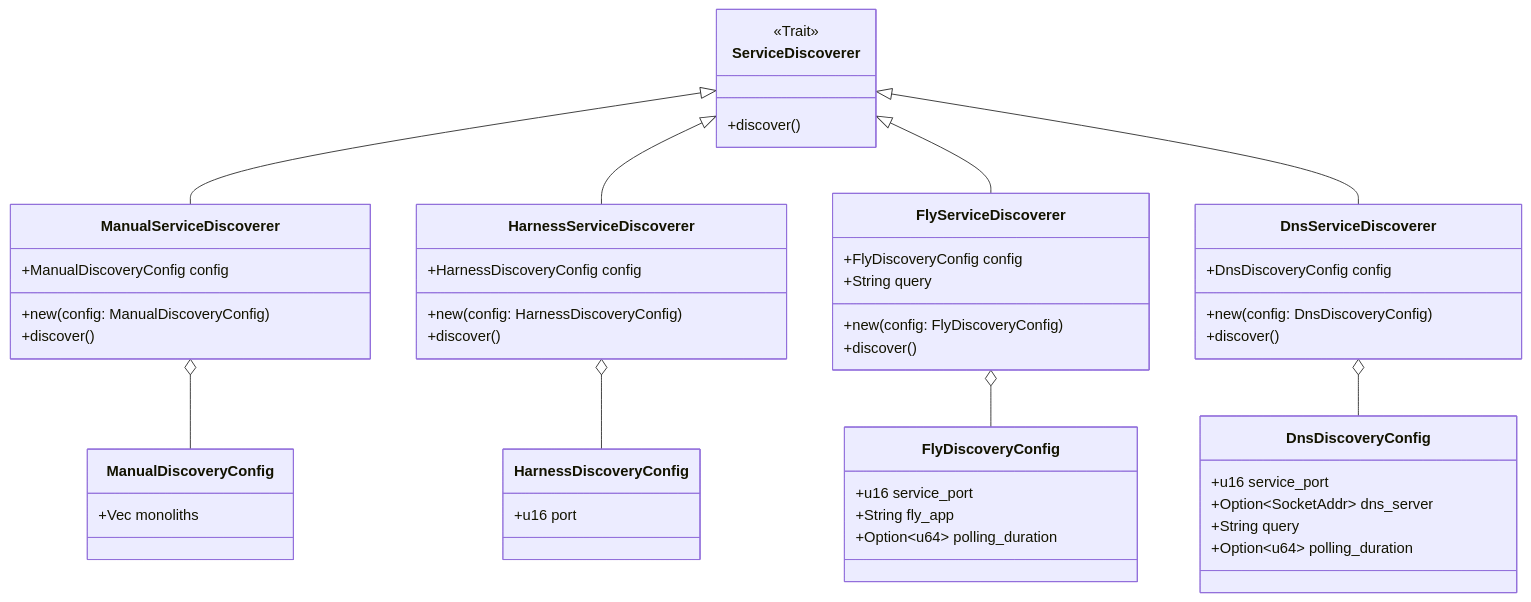
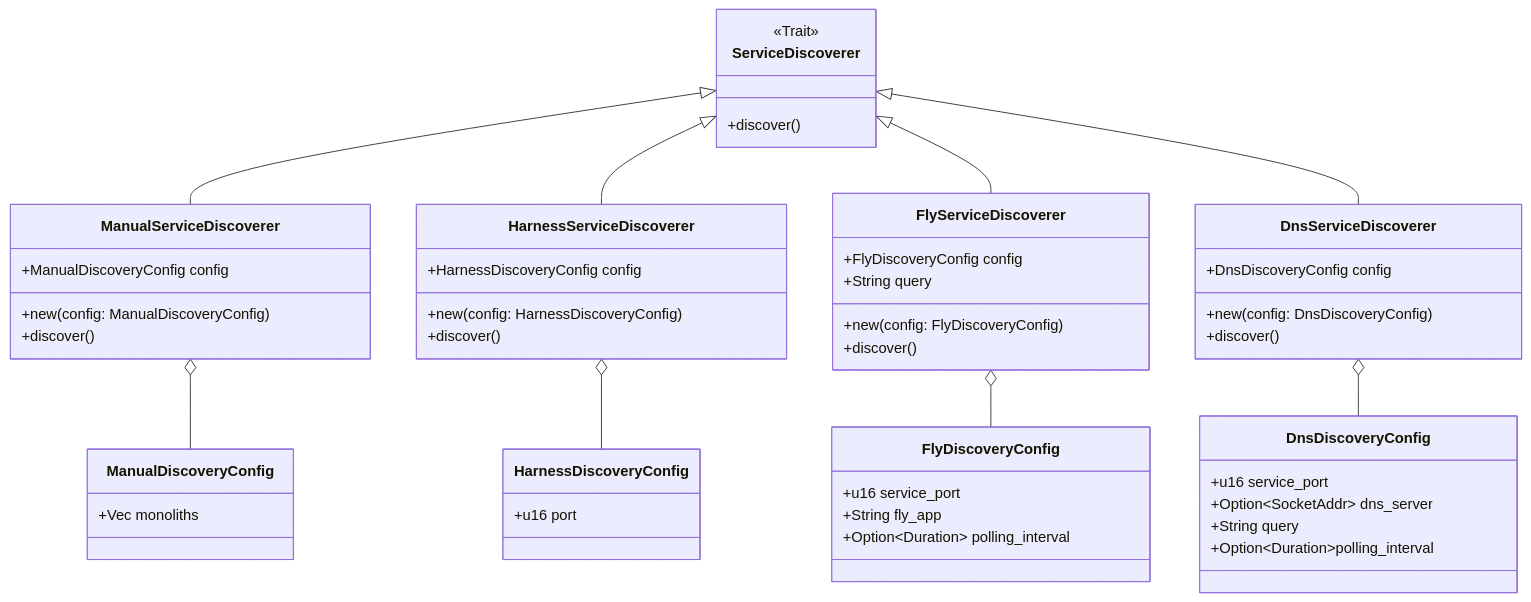
Before and after one commit to dyc3/senior-design: the diagram in figures/discovery/service-discoverers.mmd, drawn with Mermaid. The commit also changed 1 other file, not shown here.

Commit message:
Update Service Discoverers figure to correctly include polling_interval (#352)

```diff
--- a/figures/discovery/service-discoverers.mmd
+++ b/figures/discovery/service-discoverers.mmd
@@ -1,48 +1,48 @@
 classDiagram
     direction BT
     class ServiceDiscoverer {
         <<Trait>>
         +discover()
     }
     ManualServiceDiscoverer --|> ServiceDiscoverer
     HarnessServiceDiscoverer --|> ServiceDiscoverer
     FlyServiceDiscoverer --|> ServiceDiscoverer
     DnsServiceDiscoverer --|> ServiceDiscoverer
 
     DnsDiscoveryConfig --o DnsServiceDiscoverer
     DnsDiscoveryConfig : +u16 service_port
     DnsDiscoveryConfig : +Option~SocketAddr~ dns_server
     DnsDiscoveryConfig : +String query
-    DnsDiscoveryConfig : +Option~u64~ polling_duration
+    DnsDiscoveryConfig : +Option~Duration~polling_interval
     class DnsServiceDiscoverer{
         +DnsDiscoveryConfig config
         +new(config: DnsDiscoveryConfig)
         +discover()
     }
 
     FlyDiscoveryConfig --o FlyServiceDiscoverer
     FlyDiscoveryConfig : +u16 service_port
     FlyDiscoveryConfig : +String fly_app
-    FlyDiscoveryConfig : +Option~u64~ polling_duration
+    FlyDiscoveryConfig : +Option~Duration~ polling_interval
     class FlyServiceDiscoverer{
         +FlyDiscoveryConfig config
         +String query
         +new(config: FlyDiscoveryConfig)
         +discover()
     }
 
     ManualDiscoveryConfig --o ManualServiceDiscoverer
     ManualDiscoveryConfig : +Vec monoliths
     class ManualServiceDiscoverer{
         +ManualDiscoveryConfig config
         +new(config: ManualDiscoveryConfig)
         +discover()
     }
 
     HarnessDiscoveryConfig --o HarnessServiceDiscoverer
     HarnessDiscoveryConfig : +u16 port
     class HarnessServiceDiscoverer{
         +HarnessDiscoveryConfig config
         +new(config: HarnessDiscoveryConfig)
         +discover()
     }
```
